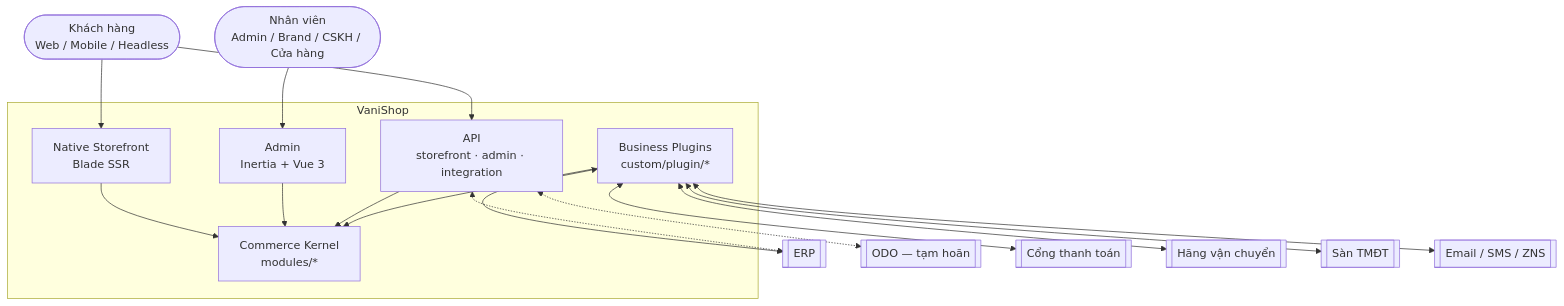
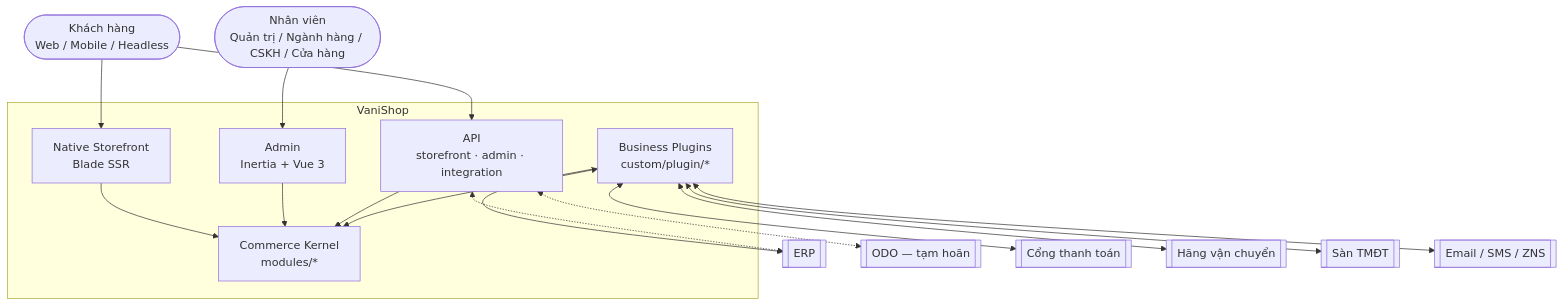
One commit to ptdat97/vanishop changed the first of 3 diagrams in docs/02-architecture/overview.md. Above: the diagram before and after it, drawn with Mermaid. The commit also changed other lines of this file and 52 other files, not shown here.

First line of the commit message:
docs: chuyển định hướng sang một cửa hàng, brand là thuộc tính catalog (ADR-028)

````diff
--- a/docs/02-architecture/overview.md
+++ b/docs/02-architecture/overview.md
@@ -21,24 +21,24 @@
 ```mermaid
 flowchart TB
     Customer([Khách hàng<br/>Web / Mobile / Headless])
-    Staff([Nhân viên<br/>Admin / Brand / CSKH / Cửa hàng])
+    Staff([Nhân viên<br/>Quản trị / Ngành hàng / CSKH / Cửa hàng])
     subgraph VS[VaniShop]
       SF[Native Storefront<br/>Blade SSR]
       ADM[Admin<br/>Inertia + Vue 3]
       API[API<br/>storefront · admin · integration]
       CORE[Commerce Kernel<br/>modules/*]
       PLG[Business Plugins<br/>custom/plugin/*]
     end
     ERP[[ERP]]
     ODO[[ODO — tạm hoãn]]
     PAY[[Cổng thanh toán]]
     SHIP[[Hãng vận chuyển]]
     MKT[[Sàn TMĐT]]
     NOTI[[Email / SMS / ZNS]]
     Customer --> SF & API
     Staff --> ADM
     SF & ADM & API --> CORE
     PLG --> CORE
     PLG <--> PAY & SHIP & MKT & NOTI & ERP
     API <-.-> ERP & ODO
 ```
````
